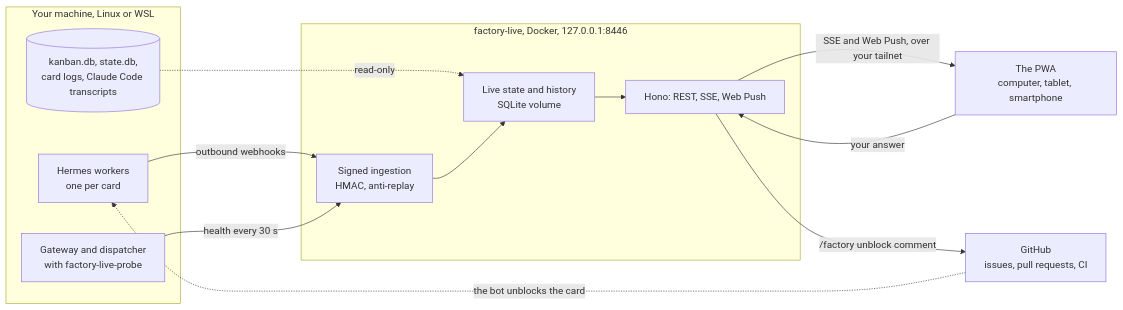
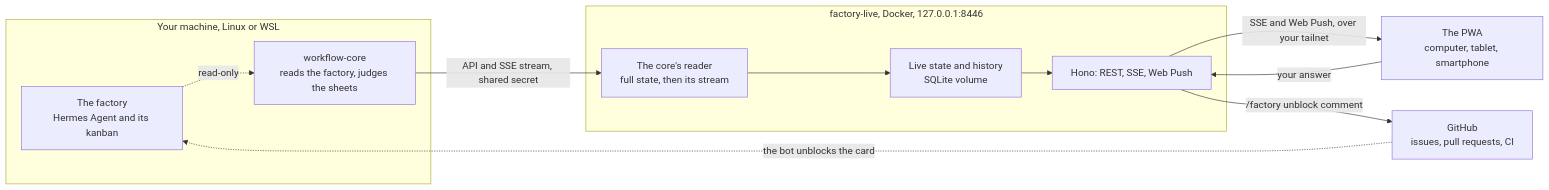
One commit to code-my-life/factory-live changed the diagram in README.md. Above: the diagram before and after it, drawn with Mermaid. The commit also changed other lines of this file and 230 other files, not shown here.

````diff
--- a/README.md
+++ b/README.md
@@ -107,23 +107,21 @@
 ```mermaid
 flowchart LR
   subgraph host["Your machine, Linux or WSL"]
-    W["Hermes workers<br/>one per card"]
-    G["Gateway and dispatcher<br/>with factory-live-probe"]
-    D[("kanban.db, state.db,<br/>card logs, Claude Code transcripts")]
+    H["The factory<br/>Hermes Agent and its kanban"]
+    C["workflow-core<br/>reads the factory, judges the sheets"]
   end
   subgraph box["factory-live, Docker, 127.0.0.1:8446"]
-    I["Signed ingestion<br/>HMAC, anti-replay"]
+    R["The core's reader<br/>full state, then its stream"]
     S["Live state and history<br/>SQLite volume"]
     A["Hono: REST, SSE, Web Push"]
   end
   P["The PWA<br/>computer, tablet, smartphone"]
   GH["GitHub<br/>issues, pull requests, CI"]
-  W -- "outbound webhooks" --> I
-  G -- "health every 30 s" --> I
-  D -. "read-only" .-> S
-  I --> S --> A
+  H -. "read-only" .-> C
+  C -- "API and SSE stream, shared secret" --> R
+  R --> S --> A
   A -- "SSE and Web Push, over your tailnet" --> P
   P -- "your answer" --> A
   A -- "/factory unblock comment" --> GH
-  GH -. "the bot unblocks the card" .-> W
+  GH -. "the bot unblocks the card" .-> H
 ```
````
